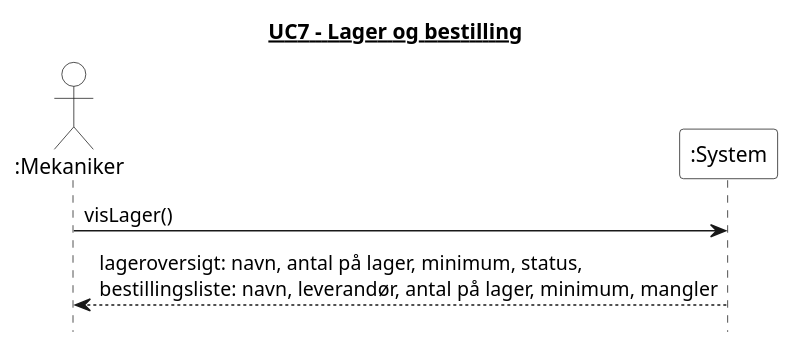
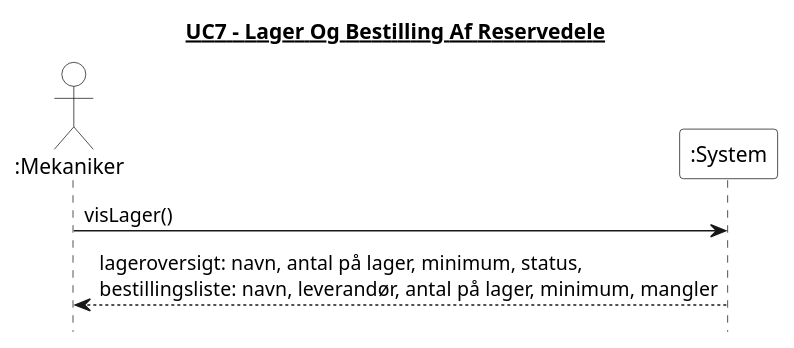
Before and after one commit to Zoabz/Getting-Real: the diagram in 4. System Sekvens Diagram/UC7_lager_og_bestilling.puml, drawn with PlantUML. The commit also changed 19 other files, not shown here.

```diff
--- a/4. System Sekvens Diagram/UC7_lager_og_bestilling.puml
+++ b/4. System Sekvens Diagram/UC7_lager_og_bestilling.puml
@@ -1,21 +1,21 @@
 @startuml
-title <u>UC7 - Lager og bestilling</u>
+title <u>UC7 - Lager Og Bestilling Af Reservedele</u>
 hide footbox
 skinparam monochrome true
 skinparam shadowing false
 skinparam backgroundColor white
 skinparam actor {
   BackgroundColor white
 }
 skinparam participant {
   BackgroundColor white
 }
 
 actor ":Mekaniker"
 participant ":System" as System
 
 ":Mekaniker" -> System : visLager()
 
 System --> ":Mekaniker" : lageroversigt: navn, antal på lager, minimum, status,\nbestillingsliste: navn, leverandør, antal på lager, minimum, mangler
 
 @enduml
```
